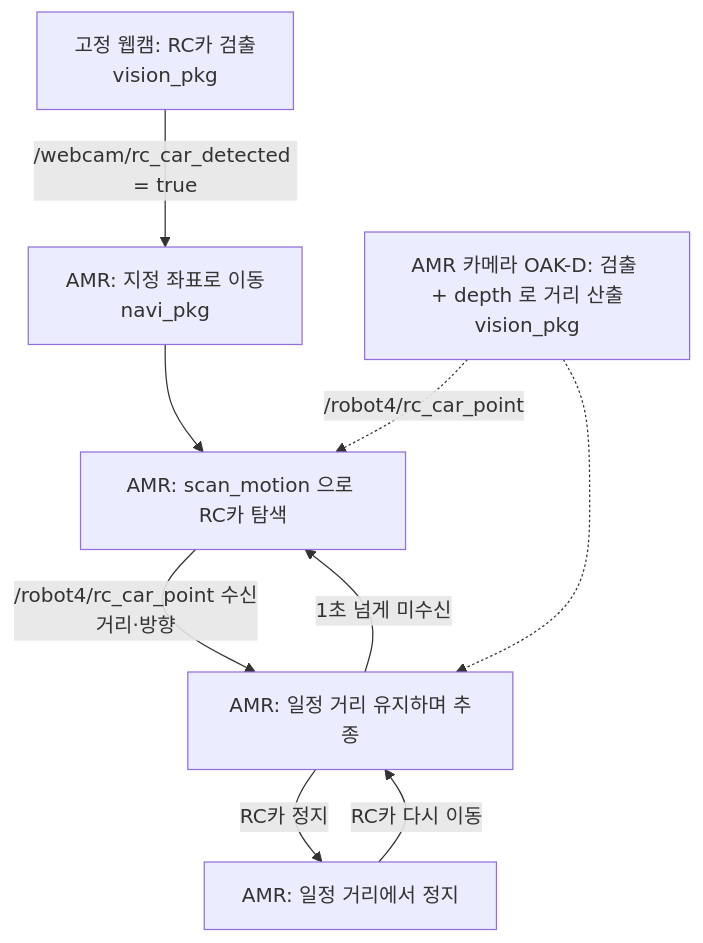
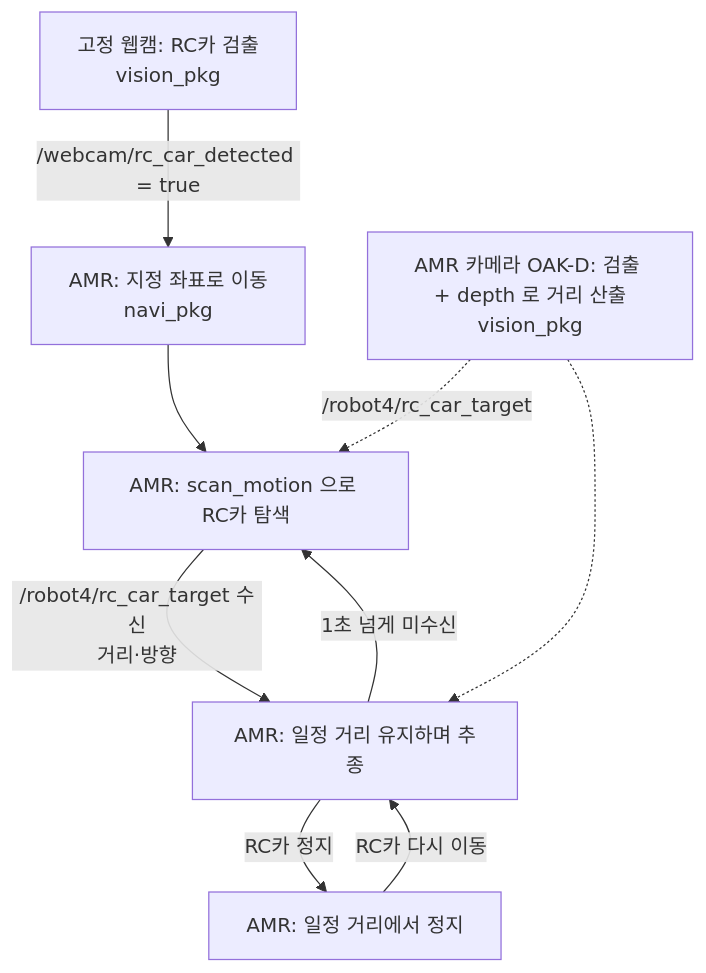
One commit to lhm3185/b-1_mini_project changed the diagram in docs/interfaces.md. Above: the diagram before and after it, drawn with Mermaid. The commit also changed other lines of this file and 9 other files, not shown here.

First line of the commit message:
interface_pkg 추가: msg 3개 (WebcamDetection, RcCarTarget, AmrState)

````diff
--- a/docs/interfaces.md
+++ b/docs/interfaces.md
@@ -8,11 +8,11 @@
 ```mermaid
 flowchart TD
     A[고정 웹캠: RC카 검출<br/>vision_pkg] -->|/webcam/rc_car_detected = true| B[AMR: 지정 좌표로 이동<br/>navi_pkg]
     B --> C[AMR: scan_motion 으로 RC카 탐색]
-    C -->|/robot4/rc_car_point 수신<br/>거리·방향| D[AMR: 일정 거리 유지하며 추종]
+    C -->|/robot4/rc_car_target 수신<br/>거리·방향| D[AMR: 일정 거리 유지하며 추종]
     D -->|RC카 정지| E[AMR: 일정 거리에서 정지]
     E -->|RC카 다시 이동| D
     D -->|1초 넘게 미수신| C
-    F[AMR 카메라 OAK-D: 검출 + depth 로 거리 산출<br/>vision_pkg] -.->|/robot4/rc_car_point| C
+    F[AMR 카메라 OAK-D: 검출 + depth 로 거리 산출<br/>vision_pkg] -.->|/robot4/rc_car_target| C
     F -.-> D
 ```
````
